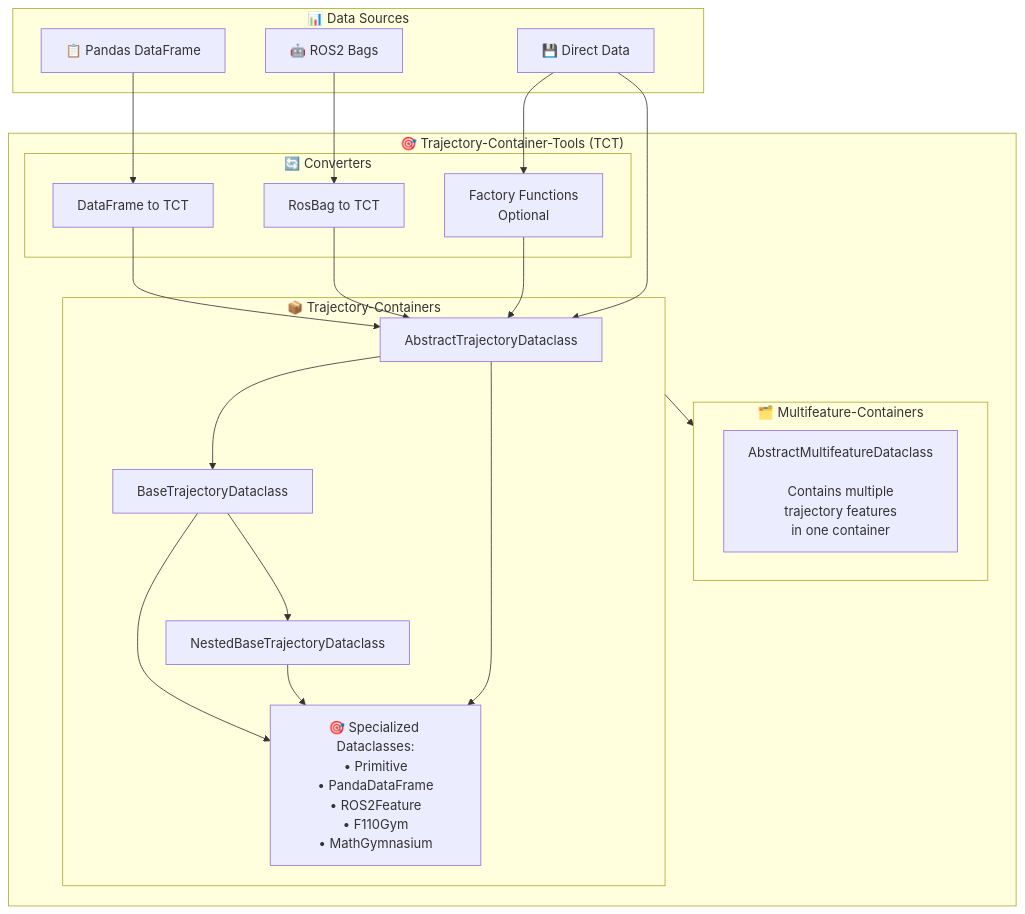
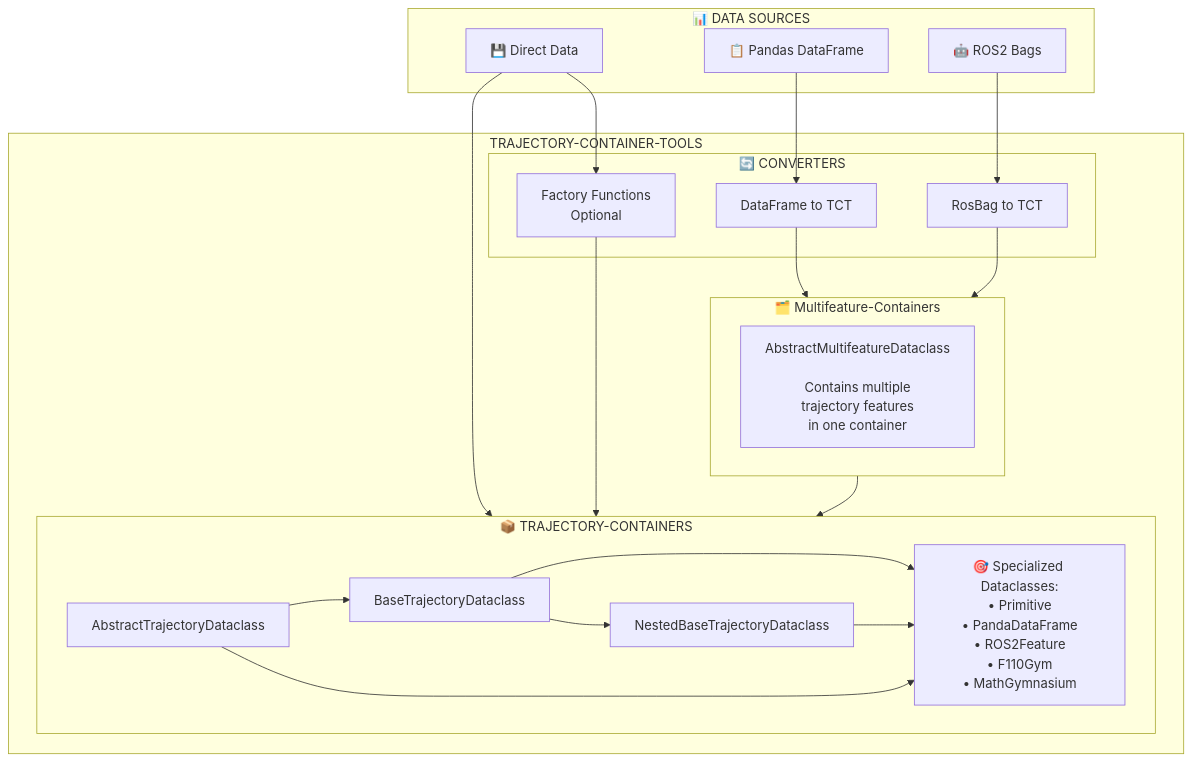
One commit to norlab-ulaval/trajectory-container-tools changed the diagram in documentation/README.md. Above: the diagram before and after it, drawn with Mermaid.

Commit message:
docs: refine mermaid diagrams in README for clarity
- Reorganized and updated mermaid diagrams in `README.md` to enhance visual
  clarity and consistency with documentation standards.
- Adjusted capitalization across titles and subgraph names to align with
  naming conventions and improve readability.
- Improved data flow representation by ensuring accurate connectivity
  between components and subgraphs.

Issue TCT-33

````diff
--- a/documentation/README.md
+++ b/documentation/README.md
@@ -29,46 +29,45 @@
 ```mermaid
 graph TB
-    subgraph DS["📊 Data Sources"]
+    subgraph DS["📊 DATA SOURCES"]
         DF[📋 Pandas DataFrame]
         ROS[🤖 ROS2 Bags]
         DD[💾 Direct Data]
     end
     
-    subgraph TCT["🎯 Trajectory-Container-Tools (TCT)"]
+    subgraph TCT["TRAJECTORY-CONTAINER-TOOLS"]
+        
+        subgraph CONV["🔄 CONVERTERS"]
+            DFC[DataFrame to TCT]
+            RC[RosBag to TCT]
+            FF[Factory Functions<br/>Optional]
+        end
         
         subgraph MFC["🗂️ Multifeature-Containers"]
             AMC[AbstractMultifeatureDataclass<br/><br/>Contains multiple<br/>trajectory features<br/>in one container]
         end
         
-        subgraph TC["📦 Trajectory-Containers"]
+        subgraph TC["📦 TRAJECTORY-CONTAINERS"]
             ATC[AbstractTrajectoryDataclass]
             BTC[BaseTrajectoryDataclass]
             NBTC[NestedBaseTrajectoryDataclass]
             SC[🎯 Specialized Dataclasses:<br/>• Primitive<br/>• PandaDataFrame<br/>• ROS2Feature<br/>• F110Gym<br/>• MathGymnasium<br/>]
         end
-        
-        subgraph CONV["🔄 Converters"]
-            DFC[DataFrame to TCT]
-            RC[RosBag to TCT]
-            FF[Factory Functions<br/>Optional]
-        end
-        
     end
     
     %% Data flow connections
-    TC --> MFC 
-        
-    DF --> DFC
     ROS --> RC
     DD --> FF
-    DD --> ATC
-    
-    DFC --> ATC
-    RC --> ATC
-    FF --> ATC
+    DF --> DFC
+        
+    DFC --> MFC
+    RC --> MFC
+        
+    DD --> TC
+    FF --> TC
+    MFC --> TC 
     
     ATC --> BTC --> SC
     BTC --> NBTC --> SC 
     ATC --> SC
     
 ```
````
